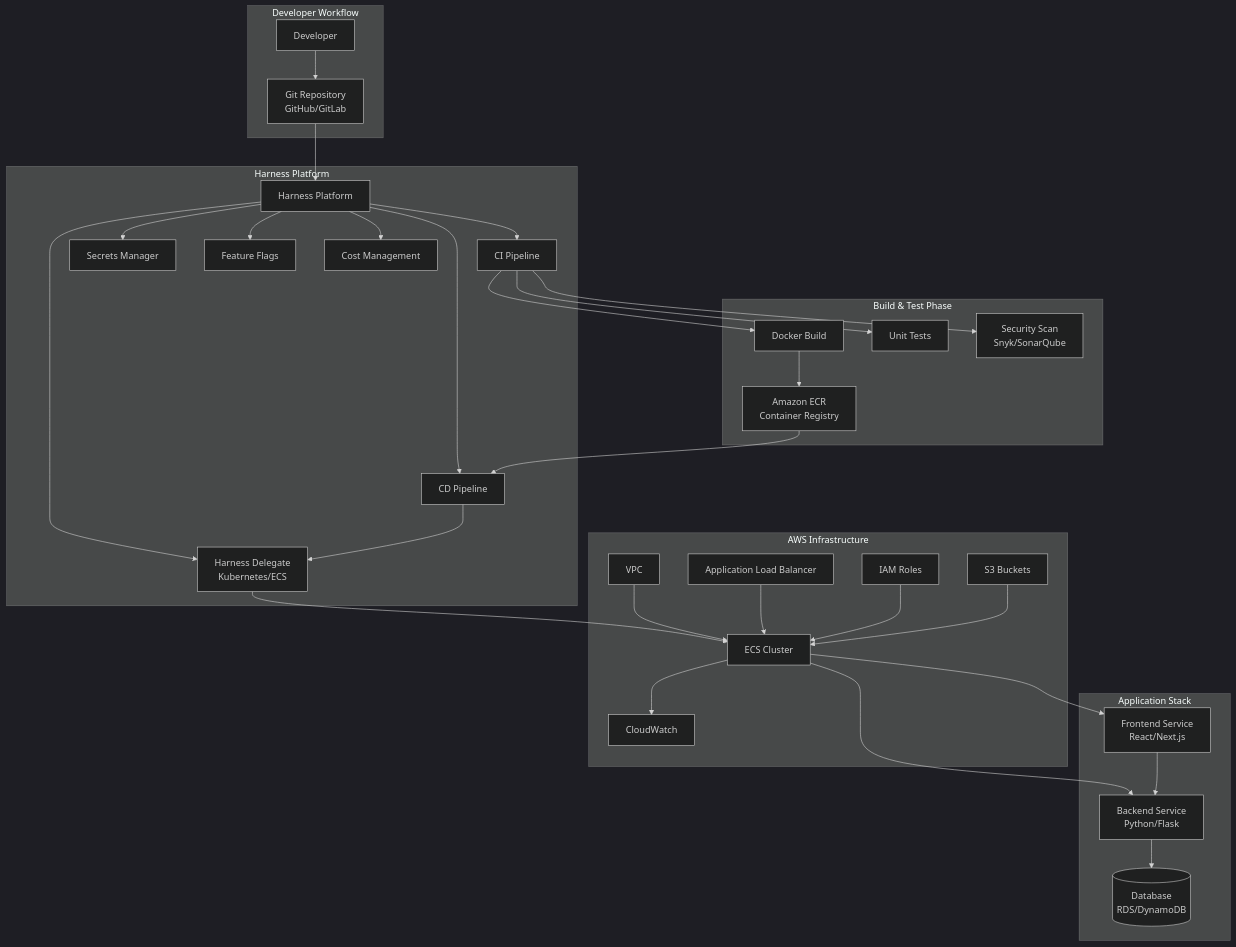
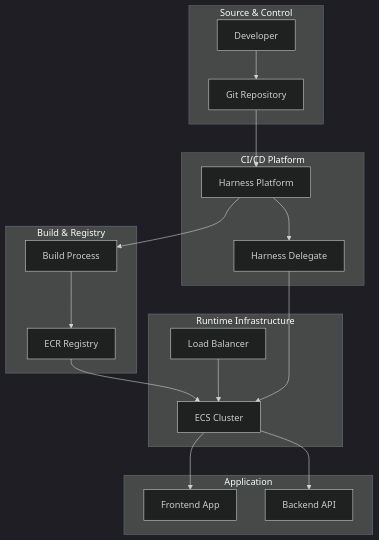
One commit to pxkundu/aws-genai-labs-builder changed the second of 9 diagrams in genAI-labs/harness-devops-workshop/architecture.md. Above: the diagram before and after it, drawn with Mermaid (dark theme). The commit also changed other lines of this file, not shown here.

Commit message:
Simplify and extend architecture document with detailed diagrams and comprehensive technical specifications

````diff
--- a/genAI-labs/harness-devops-workshop/architecture.md
+++ b/genAI-labs/harness-devops-workshop/architecture.md
@@ -9,67 +25,38 @@
 ```mermaid
 graph TB
-    subgraph "Developer Workflow"
+    subgraph "Source & Control"
         DEV[Developer]
-        GIT[Git Repository<br/>GitHub/GitLab]
+        GIT[Git Repository]
     end
     
-    subgraph "Harness Platform"
+    subgraph "CI/CD Platform"
         HARNESS[Harness Platform]
-        DELEGATE[Harness Delegate<br/>Kubernetes/ECS]
-        CI[CI Pipeline]
-        CD[CD Pipeline]
-        SECRETS[Secrets Manager]
-        FF[Feature Flags]
-        COST[Cost Management]
+        DELEGATE[Harness Delegate]
     end
     
-    subgraph "Build & Test Phase"
-        BUILD[Docker Build]
-        TEST[Unit Tests]
-        SEC_SCAN[Security Scan<br/>Snyk/SonarQube]
-        ECR[Amazon ECR<br/>Container Registry]
+    subgraph "Build & Registry"
+        BUILD[Build Process]
+        ECR[ECR Registry]
     end
     
-    subgraph "AWS Infrastructure"
-        VPC[VPC]
+    subgraph "Runtime Infrastructure"
         ECS[ECS Cluster]
-        ALB[Application Load Balancer]
-        S3[S3 Buckets]
-        CW[CloudWatch]
-        IAM[IAM Roles]
+        ALB[Load Balancer]
     end
     
-    subgraph "Application Stack"
-        APP1[Backend Service<br/>Python/Flask]
-        APP2[Frontend Service<br/>React/Next.js]
-        DB[(Database<br/>RDS/DynamoDB)]
+    subgraph "Application"
+        BACKEND[Backend API]
+        FRONTEND[Frontend App]
     end
     
     DEV --> GIT
     GIT --> HARNESS
     HARNESS --> DELEGATE
-    HARNESS --> CI
-    HARNESS --> CD
-    HARNESS --> SECRETS
-    HARNESS --> FF
-    HARNESS --> COST
-    
-    CI --> BUILD
-    CI --> TEST
-    CI --> SEC_SCAN
+    HARNESS --> BUILD
     BUILD --> ECR
-    
-    CD --> DELEGATE
     DELEGATE --> ECS
-    ECR --> CD
-    
-    VPC --> ECS
-    ECS --> APP1
-    ECS --> APP2
-    APP1 --> DB
-    APP2 --> APP1
+    ECR --> ECS
+    ECS --> BACKEND
+    ECS --> FRONTEND
     ALB --> ECS
-    ECS --> CW
-    IAM --> ECS
-    S3 --> ECS
 ```
````
